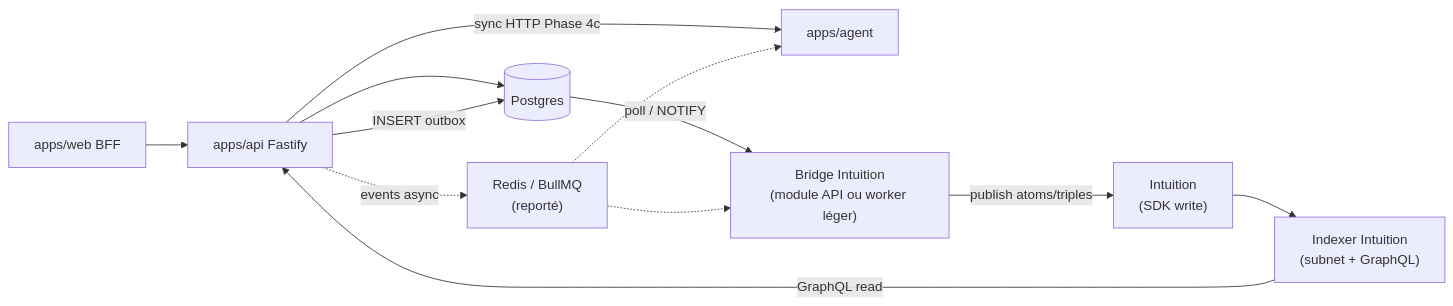
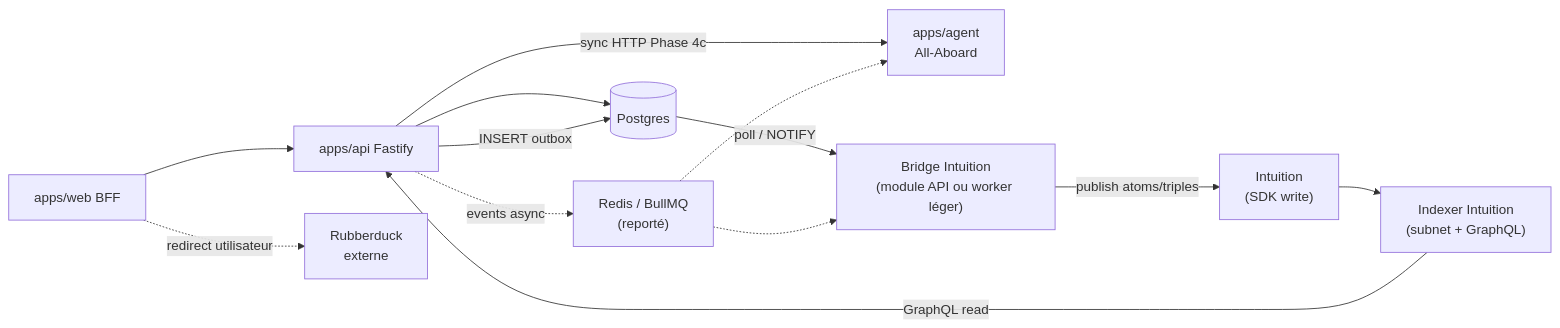
The diagram in Docs/adr/0004-agent-indexer-architecture.md (AllAboard-THP/All-Aboard), drawn with Mermaid before and after one commit. The commit also changed other lines of this file and 12 other files, not shown here.

First line of the commit message:
fix(agent): align scaffold with All-Aboard routing model

````diff
--- a/Docs/adr/0004-agent-indexer-architecture.md
+++ b/Docs/adr/0004-agent-indexer-architecture.md
@@ -86,23 +94,25 @@
 ```mermaid
 flowchart LR
   Web["apps/web BFF"]
   API["apps/api Fastify"]
-  Agent["apps/agent"]
+  Agent["apps/agent<br/>All-Aboard"]
+  RD["Rubberduck<br/>externe"]
   Bridge["Bridge Intuition<br/>(module API ou worker léger)"]
   PG[("Postgres")]
   Intuition["Intuition<br/>(SDK write)"]
   Idx["Indexer Intuition<br/>(subnet + GraphQL)"]
   Q["Redis / BullMQ<br/>(reporté)"]
 
   Web --> API
+  Web -.->|"redirect utilisateur"| RD
   API --> PG
   API -->|"sync HTTP Phase 4c"| Agent
   API -->|"INSERT outbox"| PG
   PG -->|"poll / NOTIFY"| Bridge
   Bridge -->|"publish atoms/triples"| Intuition
   Intuition --> Idx
   Idx -->|"GraphQL read"| API
   API -.->|"events async"| Q
   Q -.-> Bridge
   Q -.-> Agent
 ```
````
